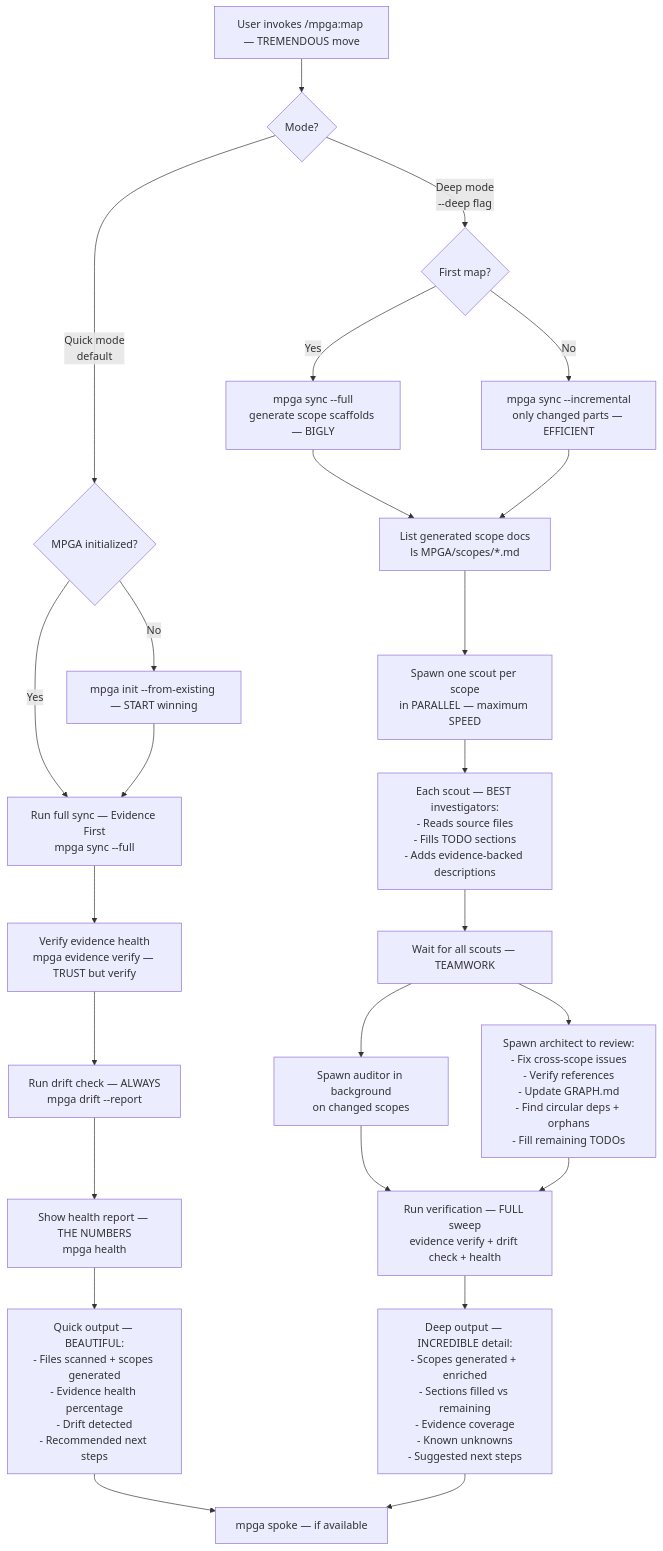
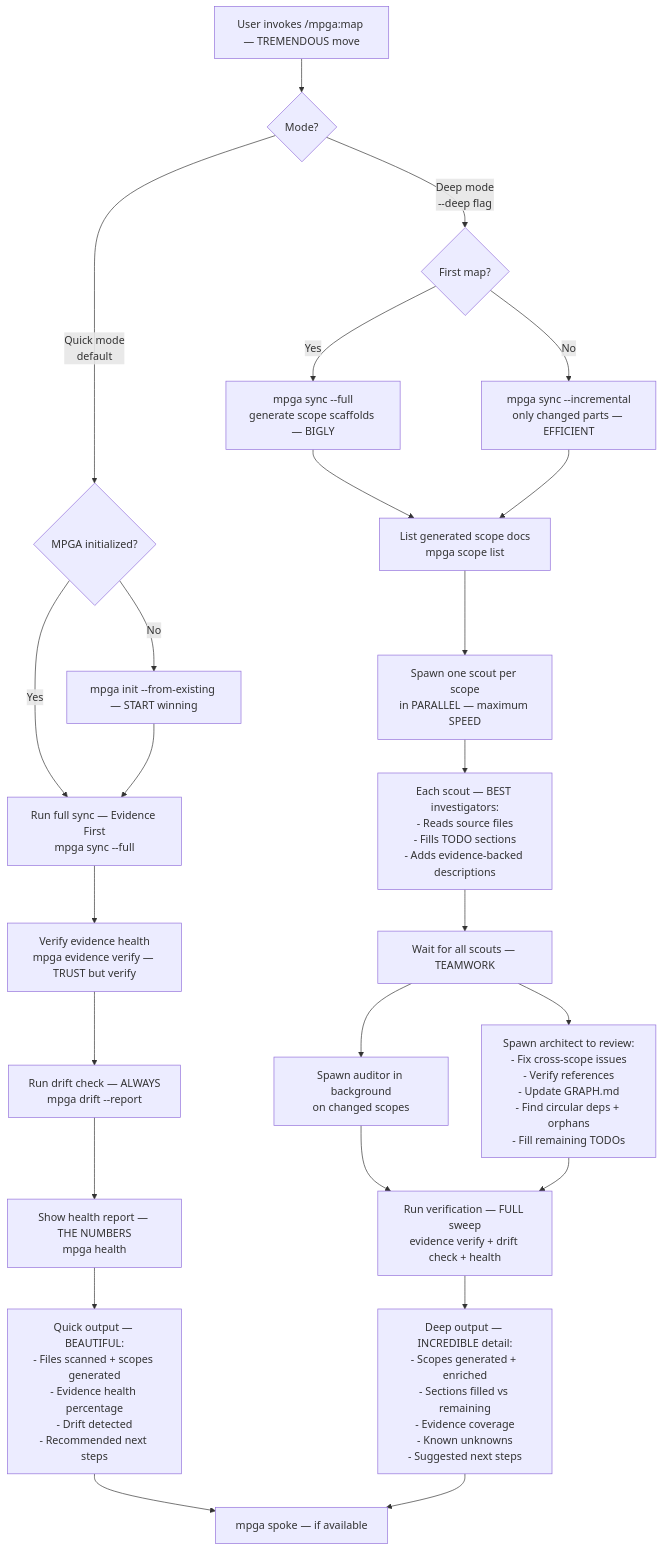
Before and after one commit to benrben/MPGA: the diagram in docs/diagrams/skills/map-codebase.md, drawn with Mermaid. The commit also changed other lines of this file and 278 other files, not shown here.

````diff
--- a/docs/diagrams/skills/map-codebase.md
+++ b/docs/diagrams/skills/map-codebase.md
@@ -5,30 +5,30 @@
 ```mermaid
 flowchart TD
     A[User invokes /mpga:map — TREMENDOUS move] --> B{Mode?}
 
     B -->|Quick mode\ndefault| C{MPGA initialized?}
     C -->|No| D[mpga init --from-existing — START winning]
     C -->|Yes| E[Run full sync — Evidence First\nmpga sync --full]
     D --> E
     E --> F[Verify evidence health\nmpga evidence verify — TRUST but verify]
     F --> G[Run drift check — ALWAYS\nmpga drift --report]
     G --> H[Show health report — THE NUMBERS\nmpga health]
     H --> I["Quick output — BEAUTIFUL:\n- Files scanned + scopes generated\n- Evidence health percentage\n- Drift detected\n- Recommended next steps"]
 
     B -->|Deep mode\n--deep flag| J{First map?}
     J -->|Yes| K[mpga sync --full\ngenerate scope scaffolds — BIGLY]
     J -->|No| L[mpga sync --incremental\nonly changed parts — EFFICIENT]
-    K --> M[List generated scope docs\nls MPGA/scopes/*.md]
+    K --> M[List generated scope docs\nmpga scope list]
     L --> M
     M --> N["Spawn one scout per scope\nin PARALLEL — maximum SPEED"]
     N --> O["Each scout — BEST investigators:\n- Reads source files\n- Fills TODO sections\n- Adds evidence-backed descriptions"]
     O --> P[Wait for all scouts — TEAMWORK]
     P --> Q["Spawn auditor in background\non changed scopes"]
     P --> R["Spawn architect to review:\n- Fix cross-scope issues\n- Verify references\n- Update GRAPH.md\n- Find circular deps + orphans\n- Fill remaining TODOs"]
     Q --> S[Run verification — FULL sweep\nevidence verify + drift check + health]
     R --> S
     S --> T["Deep output — INCREDIBLE detail:\n- Scopes generated + enriched\n- Sections filled vs remaining\n- Evidence coverage\n- Known unknowns\n- Suggested next steps"]
 
     I --> U[mpga spoke — if available]
     T --> U
 ```
````
